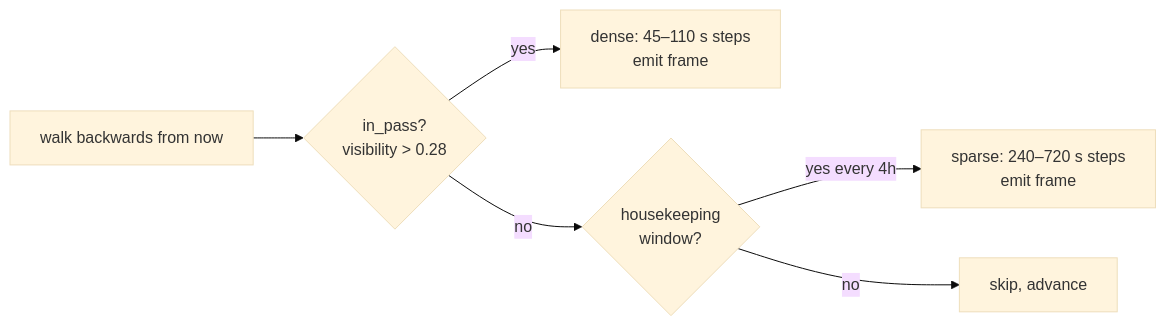
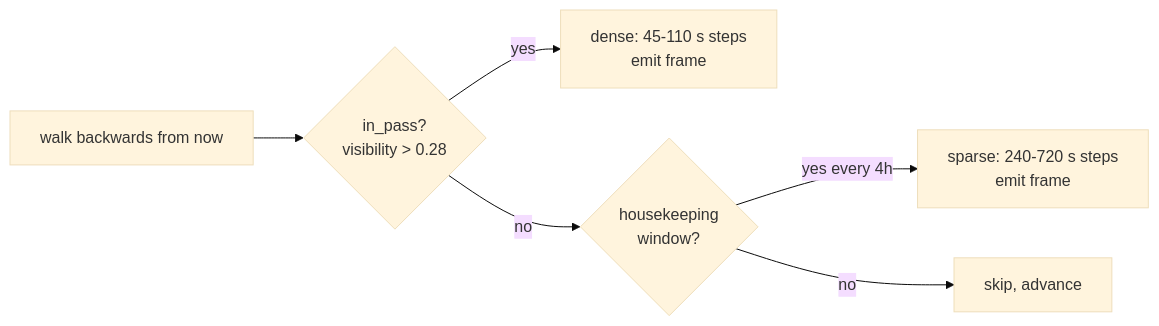
The sixth of 9 diagrams in README.md (yoohooshantanu/Downlink), drawn with Mermaid (base theme) before and after one commit. The commit also changed other lines of this file, not shown here.

Commit message:
docs: fix Mermaid syntax errors preventing GitHub rendering

````diff
--- a/README.md
+++ b/README.md
@@ -283,8 +284,8 @@
 ```mermaid
 flowchart LR
-    A[walk backwards from now] --> B{in_pass?<br/>visibility > 0.28}
-    B -->|yes| C[dense: 45–110 s steps<br/>emit frame]
-    B -->|no| D{housekeeping<br/>window?}
-    D -->|yes every 4h| E[sparse: 240–720 s steps<br/>emit frame]
-    D -->|no| F[skip, advance]
+    A["walk backwards from now"] --> B{"in_pass?<br/>visibility > 0.28"}
+    B -->|yes| C["dense: 45-110 s steps<br/>emit frame"]
+    B -->|no| D{"housekeeping<br/>window?"}
+    D -->|yes every 4h| E["sparse: 240-720 s steps<br/>emit frame"]
+    D -->|no| F["skip, advance"]
 ```
````
